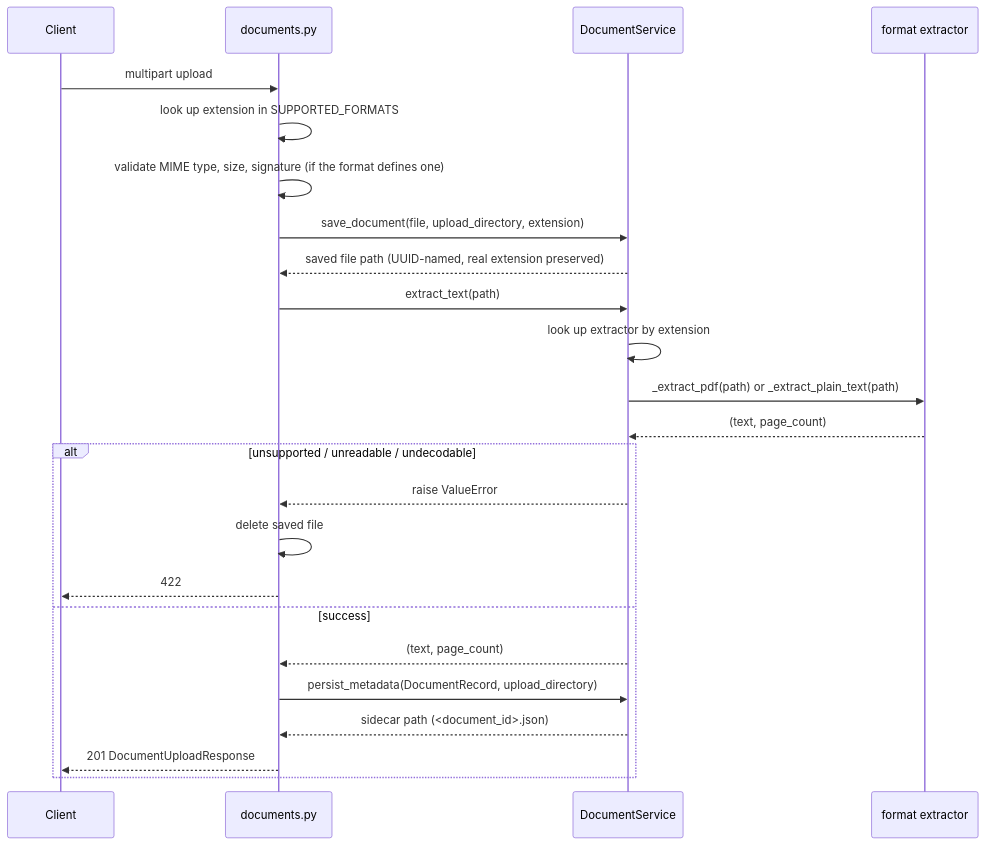
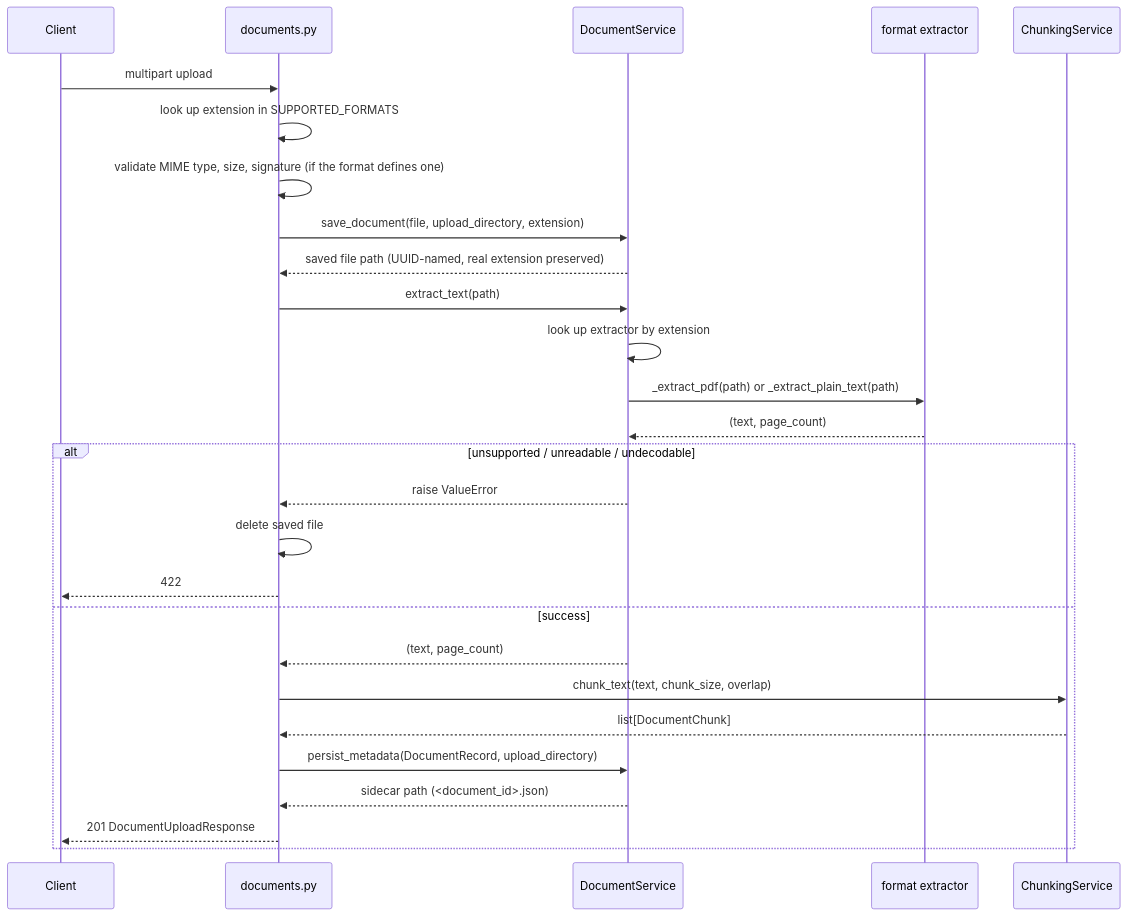
The second of 2 diagrams in docs/ARCHITECTURE.md (NavdeepTU/KnowledgeHub_AI), drawn with Mermaid before and after one commit. The commit also changed other lines of this file and 4 other files, not shown here.

First line of the commit message:
Document chunking

````diff
--- a/docs/ARCHITECTURE.md
+++ b/docs/ARCHITECTURE.md
@@ -60,27 +66,30 @@
 ```mermaid
 sequenceDiagram
     participant Client
     participant Router as documents.py
     participant Service as DocumentService
     participant Extractor as format extractor
+    participant Chunker as ChunkingService
 
     Client->>Router: multipart upload
     Router->>Router: look up extension in SUPPORTED_FORMATS
     Router->>Router: validate MIME type, size, signature (if the format defines one)
     Router->>Service: save_document(file, upload_directory, extension)
     Service-->>Router: saved file path (UUID-named, real extension preserved)
     Router->>Service: extract_text(path)
     Service->>Service: look up extractor by extension
     Service->>Extractor: _extract_pdf(path) or _extract_plain_text(path)
     Extractor-->>Service: (text, page_count)
     alt unsupported / unreadable / undecodable
         Service-->>Router: raise ValueError
         Router->>Router: delete saved file
         Router-->>Client: 422
     else success
         Service-->>Router: (text, page_count)
+        Router->>Chunker: chunk_text(text, chunk_size, overlap)
+        Chunker-->>Router: list[DocumentChunk]
         Router->>Service: persist_metadata(DocumentRecord, upload_directory)
         Service-->>Router: sidecar path (<document_id>.json)
         Router-->>Client: 201 DocumentUploadResponse
     end
 ```
````
